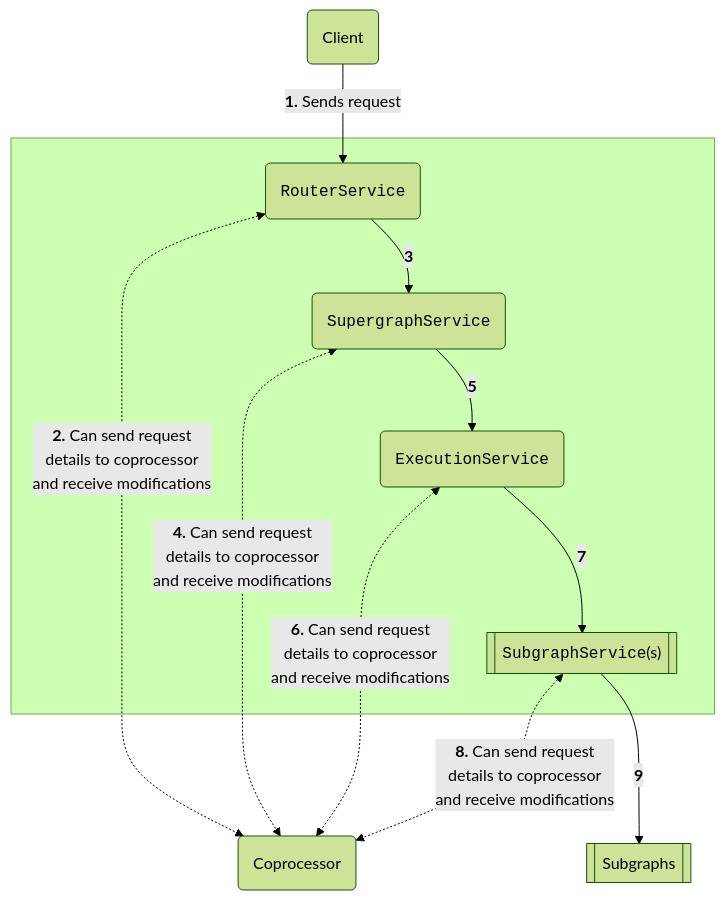
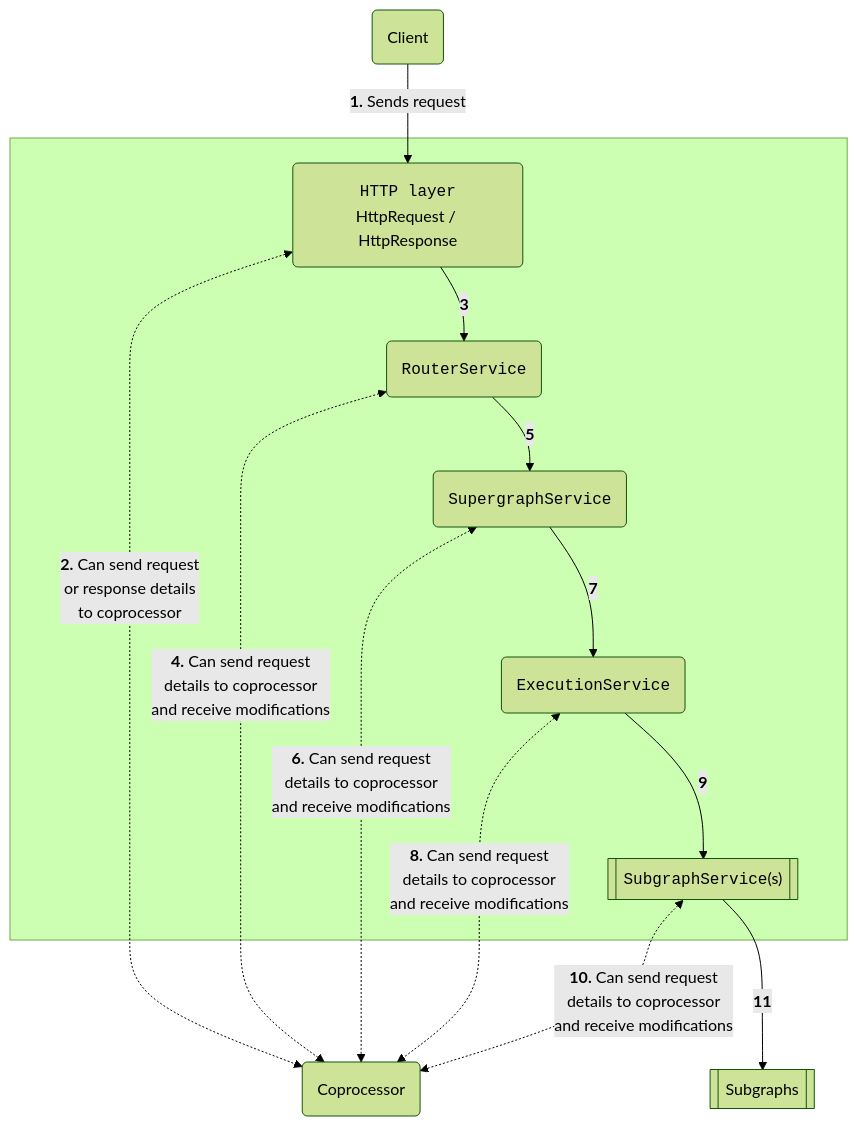
Before and after one commit to apollographql/router: the first of 2 diagrams in docs/source/routing/customization/coprocessor/index.mdx, drawn with Mermaid (forest theme). The commit also changed other lines of this file and 13 other files, not shown here.

````diff
--- a/docs/source/routing/customization/coprocessor/index.mdx
+++ b/docs/source/routing/customization/coprocessor/index.mdx
@@ -32,23 +32,26 @@
 ```mermaid
 flowchart TB;
   client(Client);
   coprocessing(Coprocessor);
   subgraph " "
+  httpLayer("<code>HTTP layer</code><br/>HttpRequest / HttpResponse");
   routerService("<code>RouterService</code>");
   supergraphService("<code>SupergraphService</code>");
   executionService("<code>ExecutionService</code>");
   subgraphService[["<code>SubgraphService</code>(s)"]];
   end;
   subgraphs[[Subgraphs]];
-  client --"<b>1.</b> Sends request"--> routerService;
-  routerService <-."<b>2.</b> Can send request<br/>details to coprocessor<br/>and receive modifications".-> coprocessing;
-  routerService --"<b>3</b>"--> supergraphService;
-  supergraphService <-."<b>4.</b> Can send request<br/>details to coprocessor<br/>and receive modifications".-> coprocessing;
-  supergraphService --"<b>5</b>"--> executionService;
-  executionService <-."<b>6.</b> Can send request<br/>details to coprocessor<br/>and receive modifications".-> coprocessing;
-  executionService --"<b>7</b>"--> subgraphService;
-  subgraphService <-."<b>8.</b> Can send request<br/>details to coprocessor<br/>and receive modifications".-> coprocessing;
-  subgraphService -- "<b>9</b>"--> subgraphs;
+  client --"<b>1.</b> Sends request"--> httpLayer;
+  httpLayer <-."<b>2.</b> Can send request<br/>or response details<br/>to coprocessor".-> coprocessing;
+  httpLayer --"<b>3</b>"--> routerService;
+  routerService <-."<b>4.</b> Can send request<br/>details to coprocessor<br/>and receive modifications".-> coprocessing;
+  routerService --"<b>5</b>"--> supergraphService;
+  supergraphService <-."<b>6.</b> Can send request<br/>details to coprocessor<br/>and receive modifications".-> coprocessing;
+  supergraphService --"<b>7</b>"--> executionService;
+  executionService <-."<b>8.</b> Can send request<br/>details to coprocessor<br/>and receive modifications".-> coprocessing;
+  executionService --"<b>9</b>"--> subgraphService;
+  subgraphService <-."<b>10.</b> Can send request<br/>details to coprocessor<br/>and receive modifications".-> coprocessing;
+  subgraphService -- "<b>11</b>"--> subgraphs;
 
   class client,subgraphs,coprocessing secondary;
 ```
````
